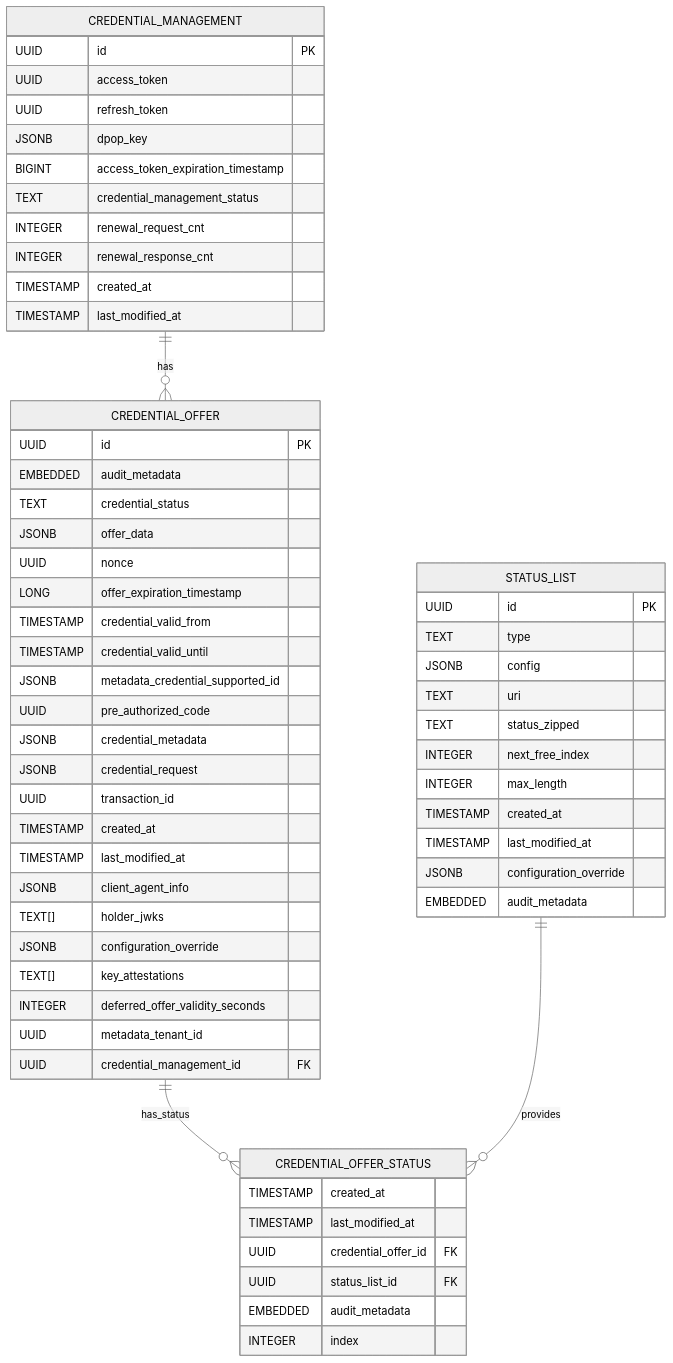
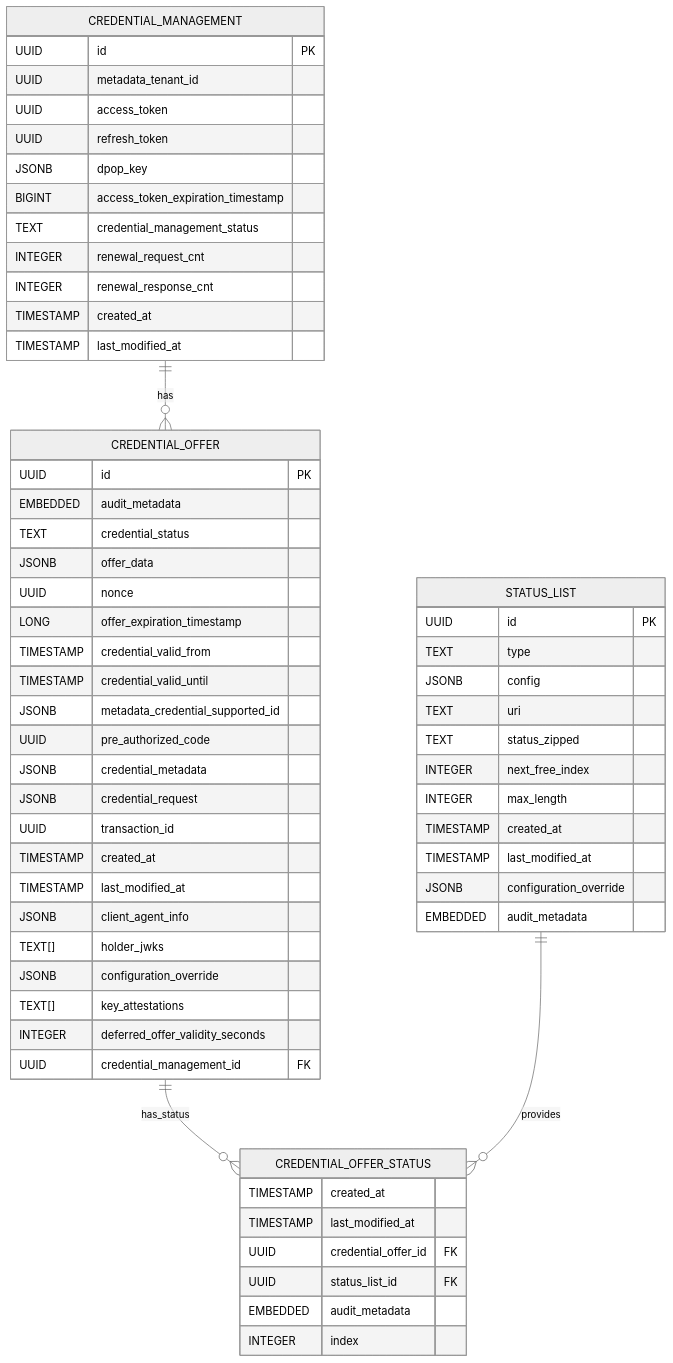
Before and after one commit to swiyu-admin-ch/swiyu-issuer: the third of 6 diagrams in README.md, drawn with Mermaid (neutral theme). The commit also changed other lines of this file and 17 other files, not shown here.

````diff
--- a/README.md
+++ b/README.md
@@ -533,67 +542,67 @@
 ```mermaid
 erDiagram
     CREDENTIAL_MANAGEMENT {
         UUID id PK
+        UUID metadata_tenant_id
         UUID access_token
         UUID refresh_token
         JSONB dpop_key
         BIGINT access_token_expiration_timestamp
         TEXT credential_management_status
         INTEGER renewal_request_cnt
         INTEGER renewal_response_cnt
         TIMESTAMP created_at
         TIMESTAMP last_modified_at
     }
 
     CREDENTIAL_OFFER {
         UUID id PK
         EMBEDDED audit_metadata
         TEXT credential_status
         JSONB offer_data
         UUID nonce
         LONG offer_expiration_timestamp
         TIMESTAMP credential_valid_from
         TIMESTAMP credential_valid_until
         JSONB metadata_credential_supported_id
         UUID pre_authorized_code
         JSONB credential_metadata
         JSONB credential_request
         UUID transaction_id
         TIMESTAMP created_at
         TIMESTAMP last_modified_at
         JSONB client_agent_info
         TEXT[] holder_jwks
         JSONB configuration_override
         TEXT[] key_attestations
         INTEGER deferred_offer_validity_seconds
-        UUID metadata_tenant_id
         UUID credential_management_id FK
     }
 
     CREDENTIAL_OFFER_STATUS {
         TIMESTAMP created_at
         TIMESTAMP last_modified_at
         UUID credential_offer_id FK
         UUID status_list_id FK
         EMBEDDED audit_metadata
         INTEGER index
     }
 
     STATUS_LIST {
         UUID id PK
         TEXT type
         JSONB config
         TEXT uri
         TEXT status_zipped
         INTEGER next_free_index
         INTEGER max_length
         TIMESTAMP created_at
         TIMESTAMP last_modified_at
         JSONB configuration_override
         EMBEDDED audit_metadata
     }
 
     CREDENTIAL_MANAGEMENT ||--o{ CREDENTIAL_OFFER : "has"
     CREDENTIAL_OFFER ||--o{ CREDENTIAL_OFFER_STATUS : "has_status"
     STATUS_LIST ||--o{ CREDENTIAL_OFFER_STATUS : "provides"
 ```
````
